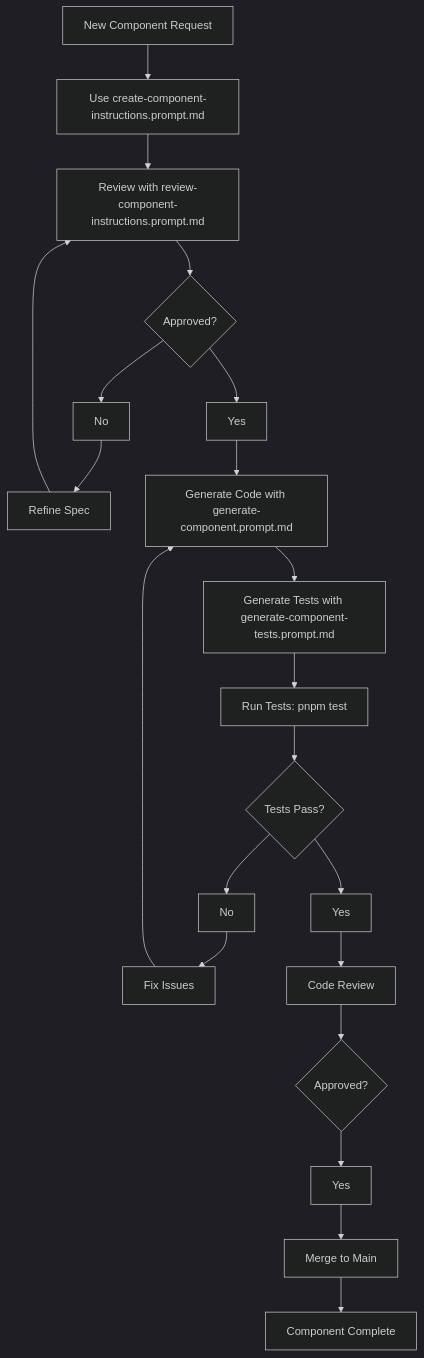
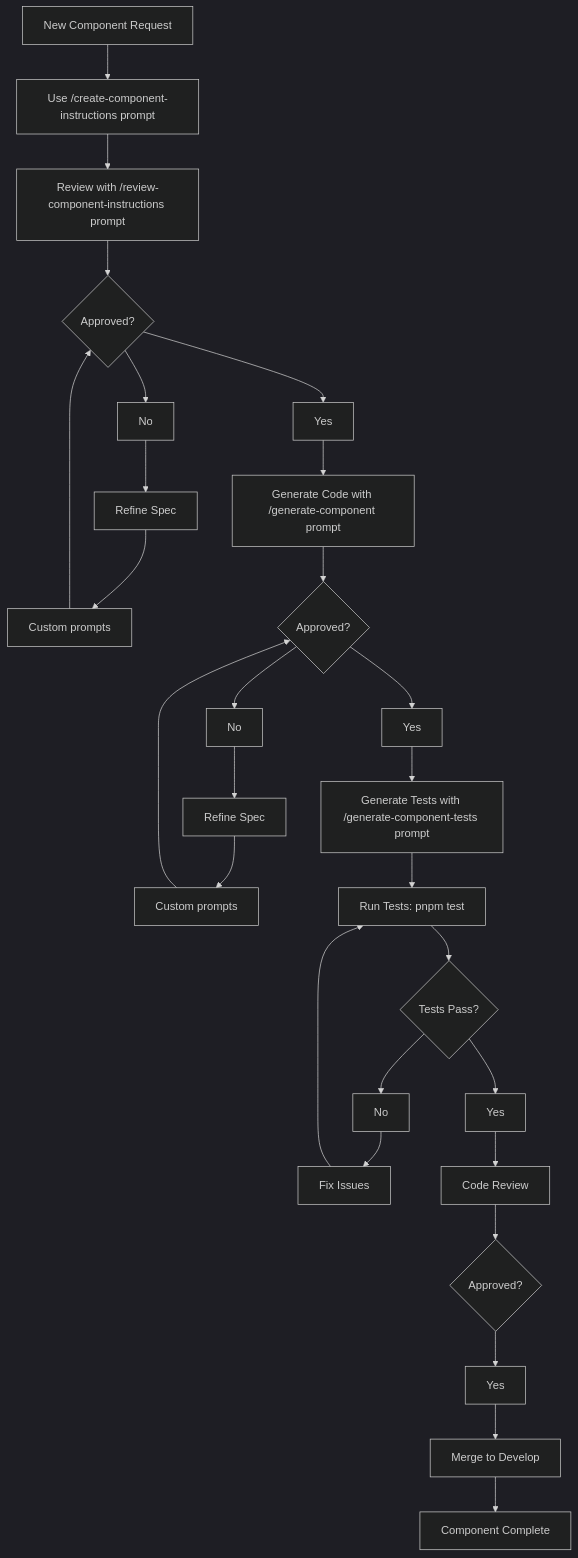
Before and after one commit to turkishtechnology/spar: the diagram in AI_GEN_WF.md, drawn with Mermaid (dark theme). The commit also changed other lines of this file, not shown here.

Commit message:
docs(AI_GEN_WF): update AI-assisted component development workflow

````diff
--- a/AI_GEN_WF.md
+++ b/AI_GEN_WF.md
@@ -9,18 +7,21 @@
 ```mermaid
 graph TD
-    A[New Component Request] --> D[Use create-component-instructions.prompt.md]
-
-    D --> H[Review with review-component-instructions.prompt.md]
+    A[New Component Request] --> D[Use /create-component-instructions prompt]
+    D --> H[Review with /review-component-instructions prompt]
     H --> I{Approved?}
-    I --> J[No] --> K[Refine Spec] --> H
-    I --> L[Yes] --> M[Generate Code with generate-component.prompt.md]
-
-    M --> N[Generate Tests with generate-component-tests.prompt.md]
+    I --> J[No] --> K[Refine Spec] --> H1[Custom prompts]
+    H1 --> I
+    I --> L[Yes] --> M[Generate Code with /generate-component prompt]
+    M--> M1{Approved?}
+    M1 --> L1[Yes]
+    M1 --> J1[No] --> K1[Refine Spec] --> M2[Custom prompts]
+    M2-->M1
+    L1-->N[Generate Tests with /generate-component-tests prompt]
     N --> O[Run Tests: pnpm test]
     O --> P{Tests Pass?}
-    P --> Q[No] --> R[Fix Issues] --> M
+    P --> Q[No] --> R[Fix Issues] --> O
     P --> S[Yes] --> T[Code Review]
     T --> U{Approved?}
-    U --> X[Yes] --> Y[Merge to Main]
+    U --> X[Yes] --> Y[Merge to Develop]
     Y --> Z[Component Complete]
 ```
````
